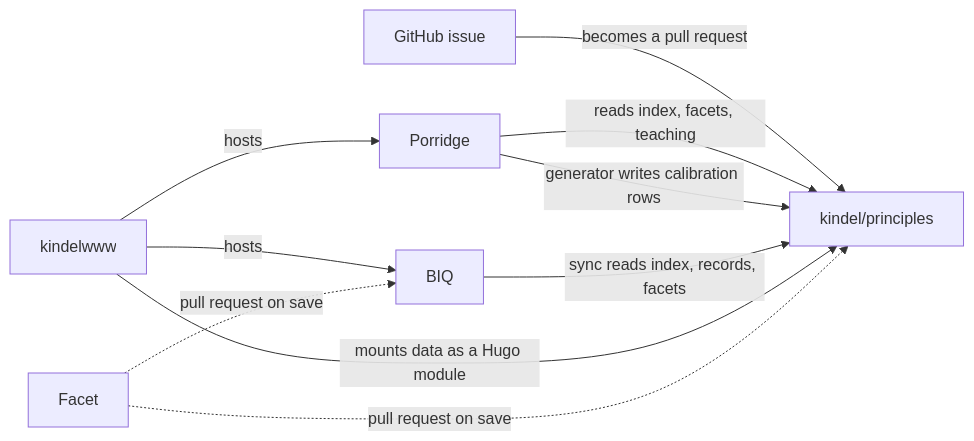
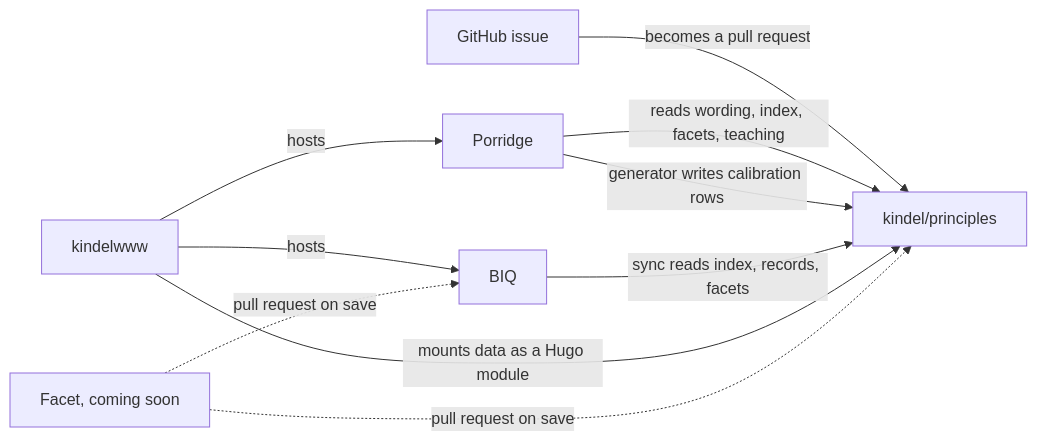
Before and after one commit to kindel/principles: the second of 2 diagrams in README.md, drawn with Mermaid. The commit also changed other lines of this file, not shown here.

````diff
--- a/README.md
+++ b/README.md
@@ -83,19 +99,19 @@
 ```mermaid
 flowchart LR
   issue["GitHub issue"]
   repo["kindel/principles"]
   porridge["Porridge"]
   biq["BIQ"]
   www["kindelwww"]
-  facetApp["Facet"]
+  facetApp["Facet, coming soon"]
 
   issue -->|becomes a pull request| repo
-  porridge -->|reads index, facets, teaching| repo
+  porridge -->|reads wording, index, facets, teaching| repo
   porridge -->|generator writes calibration rows| repo
   biq -->|sync reads index, records, facets| repo
   www -->|mounts data as a Hugo module| repo
   www -->|hosts| porridge
   www -->|hosts| biq
   facetApp -.->|pull request on save| repo
   facetApp -.->|pull request on save| biq
 ```
````
